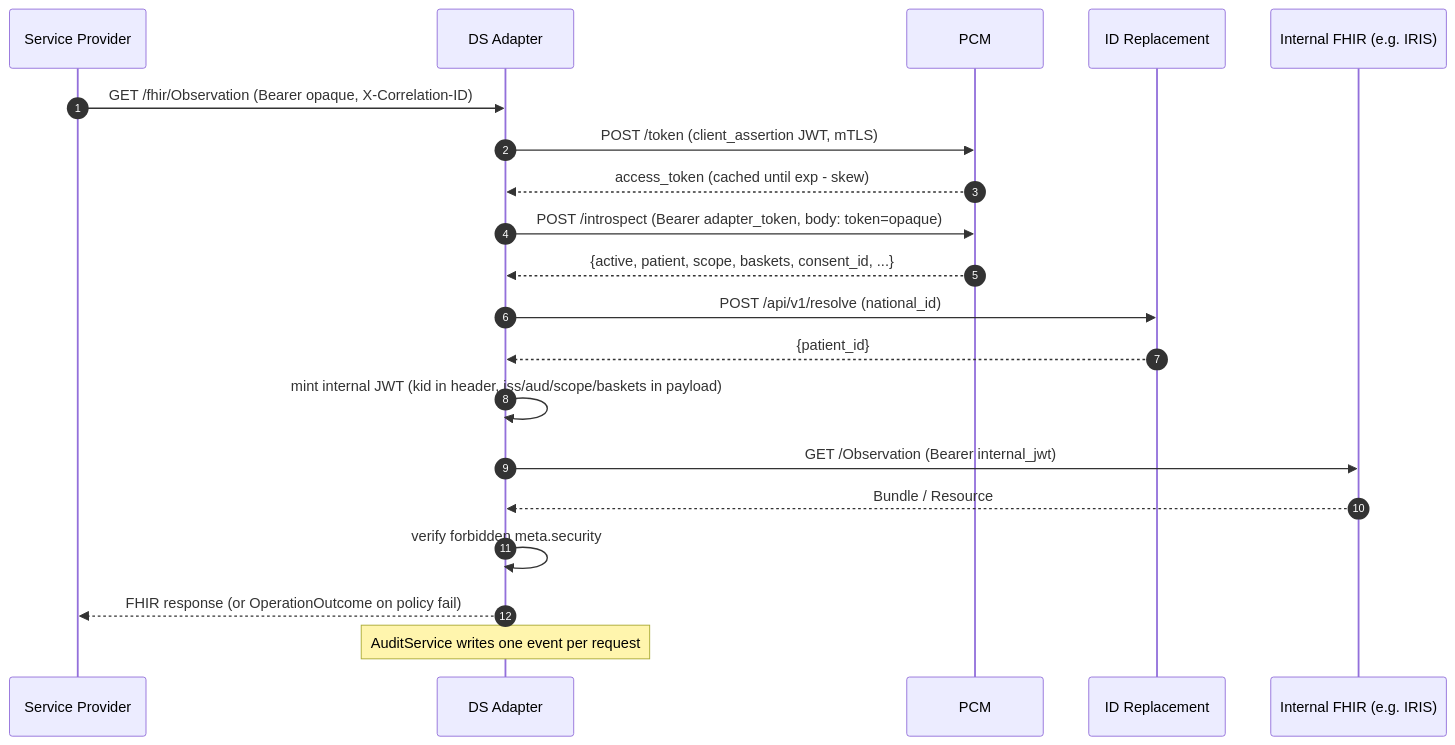
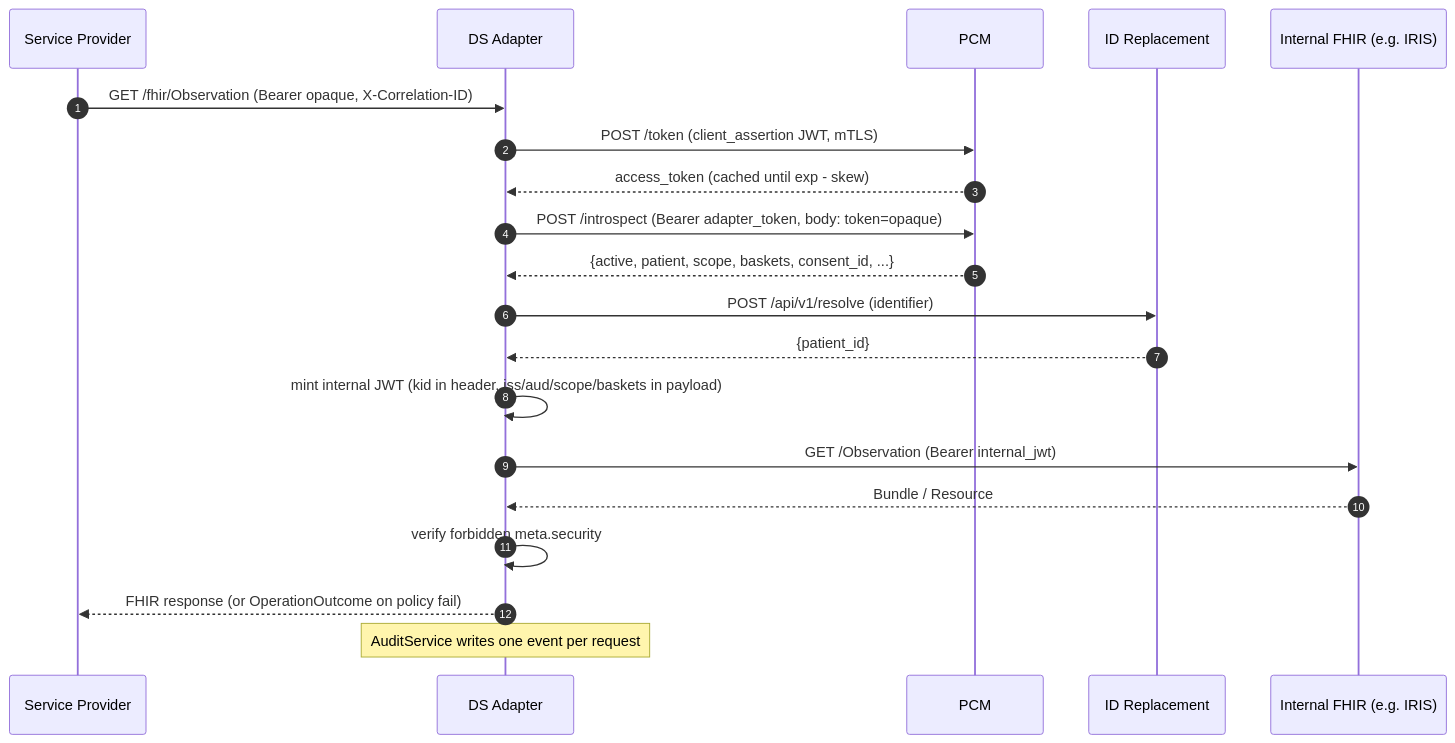
Before and after one commit to 8400TheHealthNetwork/PCM-Connect: the first of 5 diagrams in pcm-connect-python/docs/ARCHITECTURE.md, drawn with Mermaid. The commit also changed other lines of this file and 23 other files, not shown here.

````diff
--- a/pcm-connect-python/docs/ARCHITECTURE.md
+++ b/pcm-connect-python/docs/ARCHITECTURE.md
@@ -27,23 +27,23 @@
 ```mermaid
 sequenceDiagram
     autonumber
     participant SP as Service Provider
     participant Adapter as DS Adapter
     participant PCM as PCM
     participant IDR as ID Replacement
     participant FHIR as Internal FHIR (e.g. IRIS)
 
     SP->>Adapter: GET /fhir/Observation (Bearer opaque, X-Correlation-ID)
     Adapter->>PCM: POST /token (client_assertion JWT, mTLS)
     PCM-->>Adapter: access_token (cached until exp - skew)
     Adapter->>PCM: POST /introspect (Bearer adapter_token, body: token=opaque)
     PCM-->>Adapter: {active, patient, scope, baskets, consent_id, ...}
-    Adapter->>IDR: POST /api/v1/resolve (national_id)
+    Adapter->>IDR: POST /api/v1/resolve (identifier)
     IDR-->>Adapter: {patient_id}
     Adapter->>Adapter: mint internal JWT (kid in header, iss/aud/scope/baskets in payload)
     Adapter->>FHIR: GET /Observation (Bearer internal_jwt)
     FHIR-->>Adapter: Bundle / Resource
     Adapter->>Adapter: verify forbidden meta.security
     Adapter-->>SP: FHIR response (or OperationOutcome on policy fail)
     Note over Adapter: AuditService writes one event per request
 ```
````
